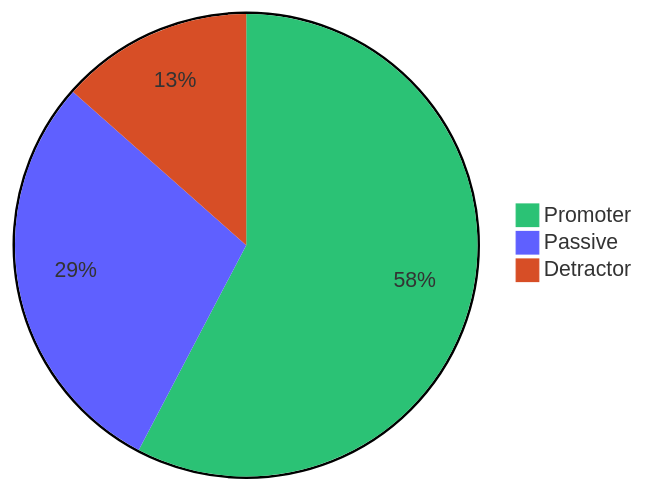
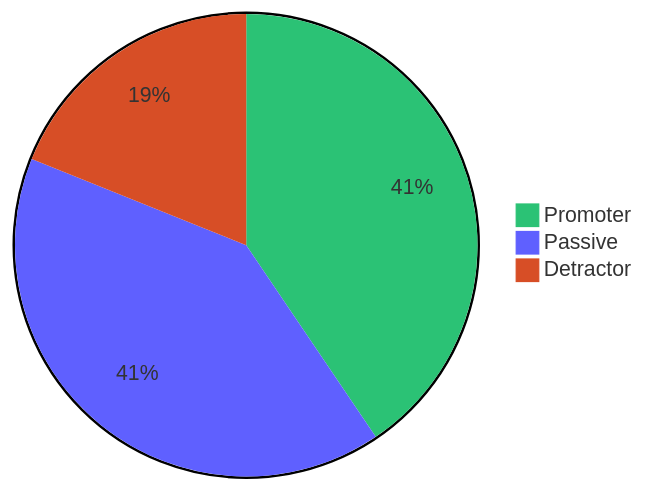
One commit to manutechwriter/npstest changed the third of 3 diagrams in docs/index.md. Above: the diagram before and after it, drawn with Mermaid.

Commit message:
fixed pie chart data

````diff
--- a/docs/index.md
+++ b/docs/index.md
@@ -338,7 +338,7 @@
 ```mermaid
 %%{init: {'theme': 'base', 'themeVariables': { 'pie1': '#2bc275', 'pie2': '#5f60ff', 'pie3': '#d74e26', 'pieStrokeWidth': '0px', 'textPosition': '0.5', 'pieOpacity': '1'}}}%%
 pie 
-  "Promoter" : 30
+  "Promoter" : 15
   "Passive" : 15
   "Detractor" : 7
 ```
````
